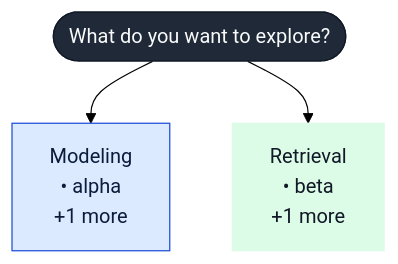
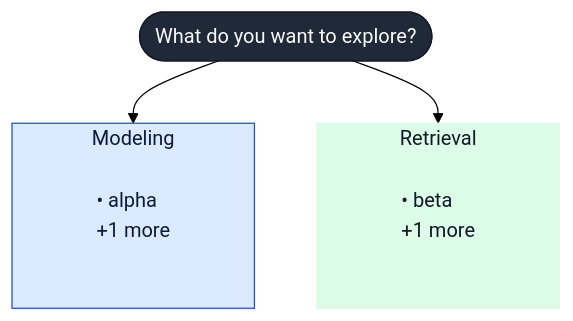
Before and after one commit to adeoluo/profile-forge: the first of 2 diagrams in internal/render/testdata/minimal.md, drawn with Mermaid (forest theme). The commit also changed 4 other files, not shown here.

````diff
--- a/internal/render/testdata/minimal.md
+++ b/internal/render/testdata/minimal.md
@@ -20,15 +20,23 @@
 ```mermaid
 %%{init: {"flowchart": {"wrappingWidth": 320}}}%%
 flowchart TD
   n_root(["What do you want to explore?"])
-  n_root --> n_model["Modeling<br/>• alpha<br/>+1 more"]
-  n_root --> n_retr["Retrieval<br/>• beta<br/>+1 more"]
+  subgraph s_model["Modeling"]
+    n_model["• alpha<br/>+1 more"]
+  end
+  n_root --> s_model
+  subgraph s_retr["Retrieval"]
+    n_retr["• beta<br/>+1 more"]
+  end
+  n_root --> s_retr
 
   classDef c_root fill:#1f2937,stroke:#111827,color:#f9fafb;
-  classDef c_model fill:#dbeafe,stroke:#1d4ed8,color:#0b1b3a;
-  classDef c_retr fill:#dcfce7,stroke:#dcfce7,color:#111827;
+  classDef c_model fill:#dbeafe,stroke-width:0px,color:#0b1b3a,text-align:left;
+  classDef c_retr fill:#dcfce7,stroke-width:0px,color:#111827,text-align:left;
 
   class n_root c_root;
   class n_model c_model;
+  style s_model fill:#dbeafe,stroke:#1d4ed8,color:#0b1b3a
   class n_retr c_retr;
+  style s_retr fill:#dcfce7,stroke:#dcfce7,color:#111827
 ```
````
